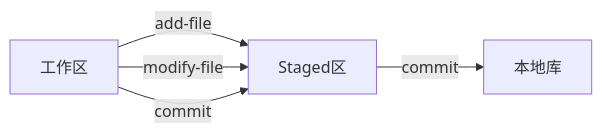
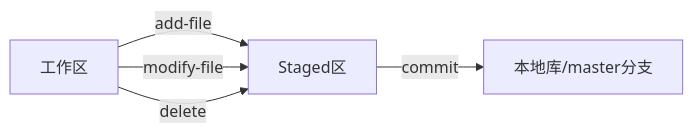
Before and after one commit to mqzhifu/makrdown: the second of 6 diagrams in 学习/git.md, drawn with Mermaid. The commit also changed other lines of this file and 61 other files, not shown here.

````diff
--- a/学习/git.md
+++ b/学习/git.md
@@ -42,13 +47,13 @@
 ```mermaid
 
 graph LR
 
 工作区-->|add-file|Staged区
 
 工作区-->|modify-file|Staged区
 
-工作区-->|commit|Staged区
+工作区-->|delete|Staged区
 
-Staged区-->|commit|本地库
+Staged区-->|commit|本地库/master分支
 
 ```
````
